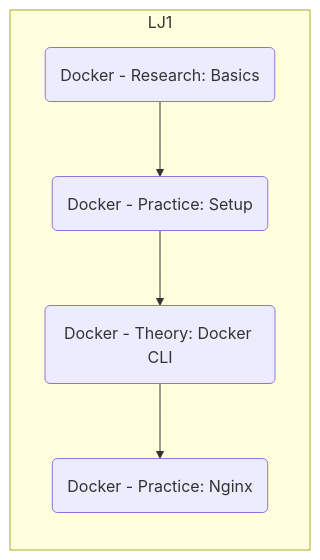
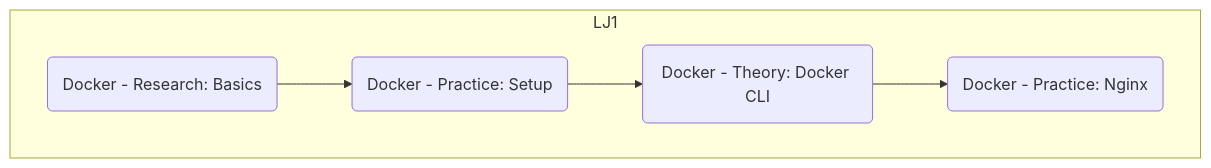
The diagram in docker/README.md (dreamboat-dev/wiki), drawn with Mermaid before and after one commit.

Commit message:
fix: remove direction in subgraph to be compatible with wiki.js

````diff
--- a/docker/README.md
+++ b/docker/README.md
@@ -7,13 +7,11 @@
 ```mermaid
 flowchart TB
     subgraph LJ1
-        direction TB
-
         research_basics(Docker - Research: Basics)
         practice_setup(Docker - Practice: Setup)
         theory_docker_cli(Docker - Theory: Docker CLI)
         practice_nginx(Docker - Practice: Nginx)
 
         research_basics --> practice_setup --> theory_docker_cli --> practice_nginx
     end
 ```
````
